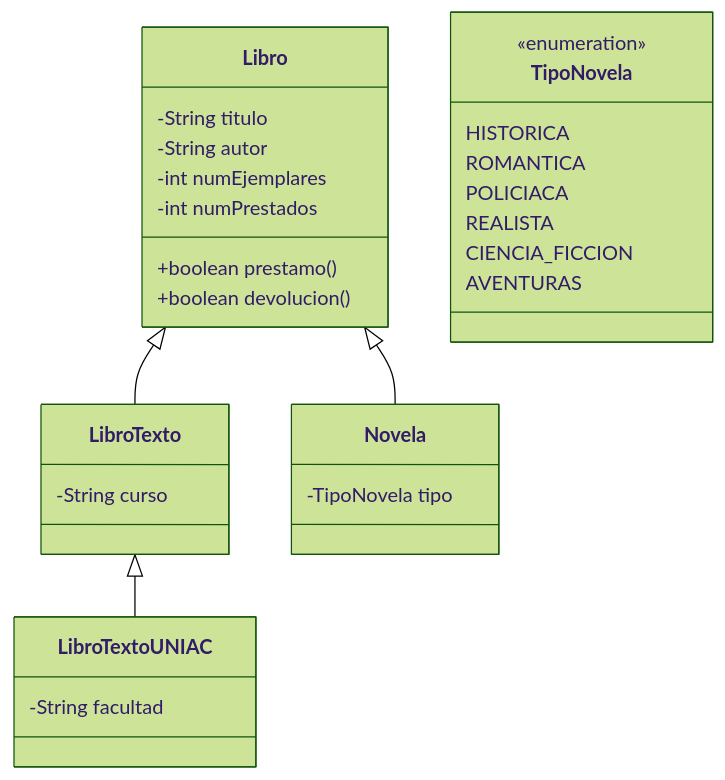
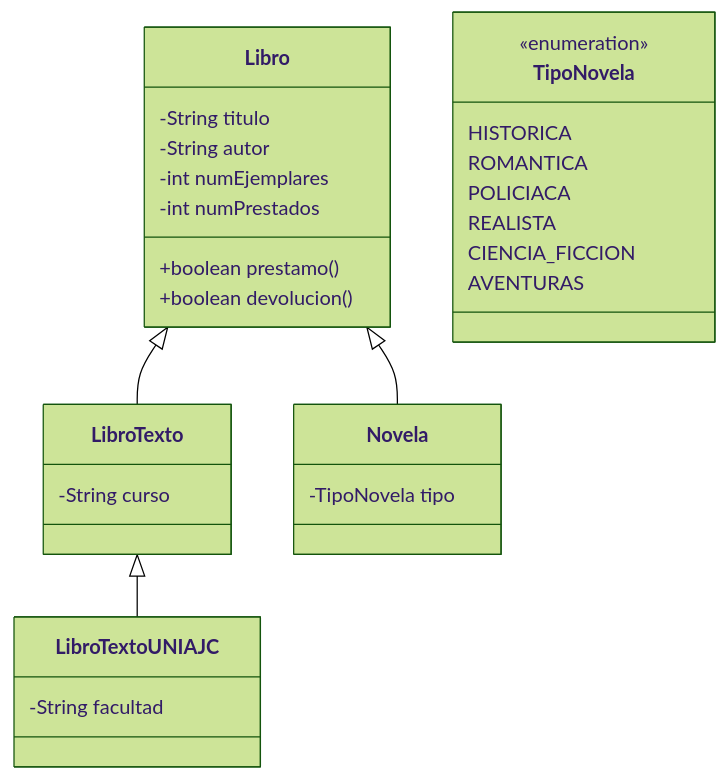
Before and after one commit to angie1018/parcial: the diagram in README.md, drawn with Mermaid (forest theme). The commit also changed other lines of this file and 2 other files, not shown here.

Commit message:
Ajustes finales

````diff
--- a/README.md
+++ b/README.md
@@ -9,37 +9,37 @@
 ```mermaid
 classDiagram
     class Libro {
         -String titulo
         -String autor
         -int numEjemplares
         -int numPrestados
         +boolean prestamo()
         +boolean devolucion()
     }
 
     class LibroTexto {
         -String curso
     }
 
-    class LibroTextoUNIAC {
+    class LibroTextoUNIAJC {
         -String facultad
     }
 
     class Novela {
         -TipoNovela tipo
     }
 
     class TipoNovela {
         <<enumeration>>
         HISTORICA
         ROMANTICA
         POLICIACA
         REALISTA
         CIENCIA_FICCION
         AVENTURAS
     }
 
     Libro <|-- LibroTexto
-    LibroTexto <|-- LibroTextoUNIAC
+    LibroTexto <|-- LibroTextoUNIAJC
     Libro <|-- Novela
 ```
````
